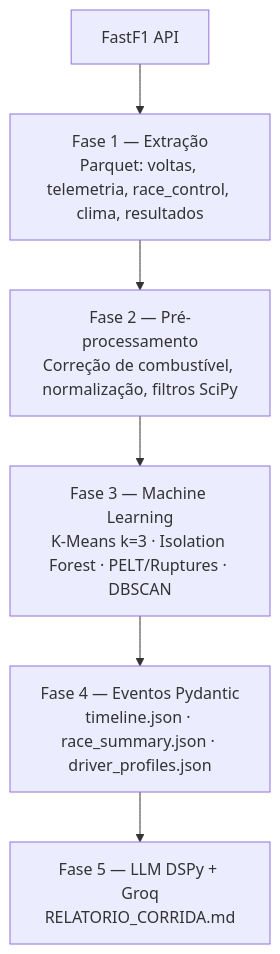
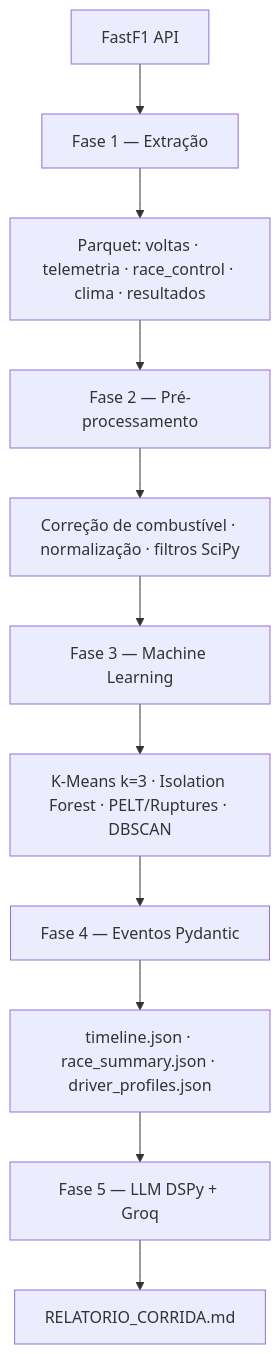
The diagram in README.md (oericdacosta/gridstory), drawn with Mermaid before and after one commit.

Commit message:
adjust diagram

````diff
--- a/README.md
+++ b/README.md
@@ -15,8 +15,14 @@
 ```mermaid
 flowchart TD
-    A[FastF1 API] --> B["Fase 1 — Extração\nParquet: voltas, telemetria, race_control, clima, resultados"]
-    B --> C["Fase 2 — Pré-processamento\nCorreção de combustível, normalização, filtros SciPy"]
-    C --> D["Fase 3 — Machine Learning\nK-Means k=3 · Isolation Forest · PELT/Ruptures · DBSCAN"]
-    D --> E["Fase 4 — Eventos Pydantic\ntimeline.json · race_summary.json · driver_profiles.json"]
-    E --> F["Fase 5 — LLM DSPy + Groq\nRELATORIO_CORRIDA.md"]
+    A[FastF1 API]
+    A --> B[Fase 1 — Extração]
+    B --> B1[Parquet: voltas · telemetria · race_control · clima · resultados]
+    B1 --> C[Fase 2 — Pré-processamento]
+    C --> C1[Correção de combustível · normalização · filtros SciPy]
+    C1 --> D[Fase 3 — Machine Learning]
+    D --> D1[K-Means k=3 · Isolation Forest · PELT/Ruptures · DBSCAN]
+    D1 --> E[Fase 4 — Eventos Pydantic]
+    E --> E1[timeline.json · race_summary.json · driver_profiles.json]
+    E1 --> F[Fase 5 — LLM DSPy + Groq]
+    F --> G[RELATORIO_CORRIDA.md]
 ```
````
